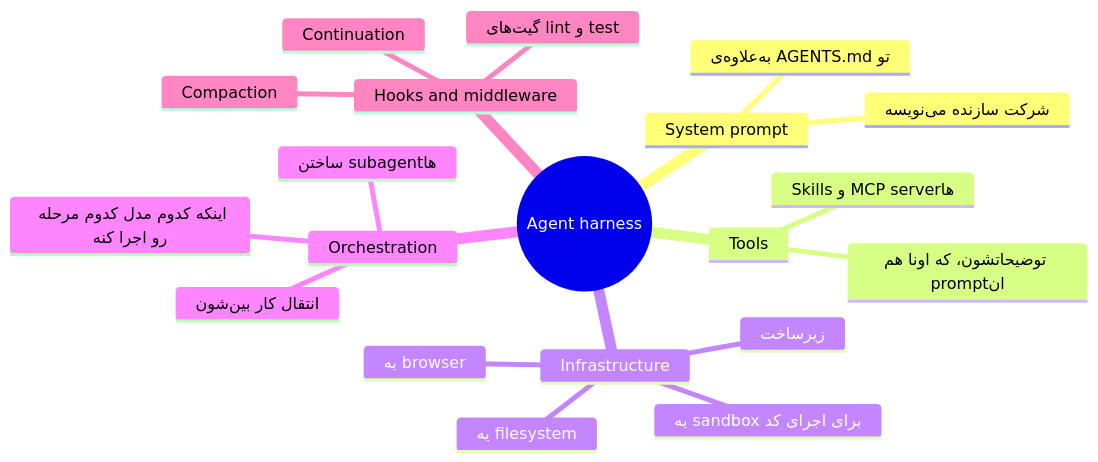
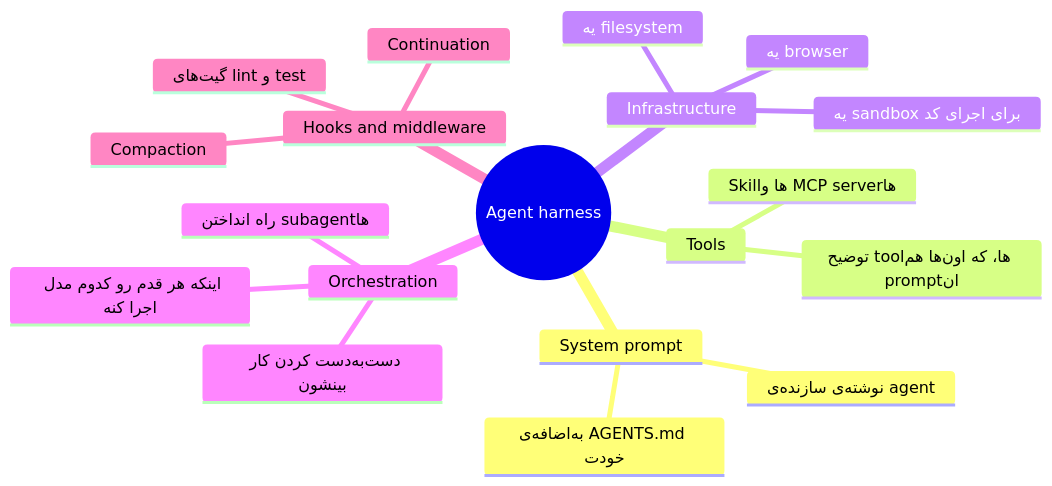
Before and after one commit to lokumai/ai-engineering-bazaar: the first of 3 diagrams in mini-courses/2_intermediate/harness_engineering_fa.md, drawn with Mermaid. The commit also changed other lines of this file and 82 other files, not shown here.

````diff
--- a/mini-courses/2_intermediate/harness_engineering_fa.md
+++ b/mini-courses/2_intermediate/harness_engineering_fa.md
@@ -51,23 +51,22 @@
 ```mermaid
 mindmap
   root((Agent harness))
     System prompt
-      شرکت سازنده می‌نویسه
-      به‌علاوه‌ی AGENTS.md تو
+      نوشته‌ی سازنده‌ی agent
+      به‌اضافه‌ی AGENTS.md خودت
     Tools
-      توضیحاتشون، که اونا هم prompt‌ان
-      Skills و MCP server‌ها
+      توضیح tool‌ها، که اون‌ها هم prompt‌ان
+      Skill‌ها و MCP server‌ها
     Infrastructure
-      زیرساخت
       یه filesystem
       یه sandbox برای اجرای کد
       یه browser
     Orchestration
-      ساختن subagent‌ها
-      انتقال کار بین‌شون
-      اینکه کدوم مدل کدوم مرحله رو اجرا کنه
+      راه انداختن subagent‌ها
+      دست‌به‌دست کردن کار بینشون
+      اینکه هر قدم رو کدوم مدل اجرا کنه
     Hooks and middleware
       Compaction
       Continuation
       گیت‌های lint و test
 ```
````
